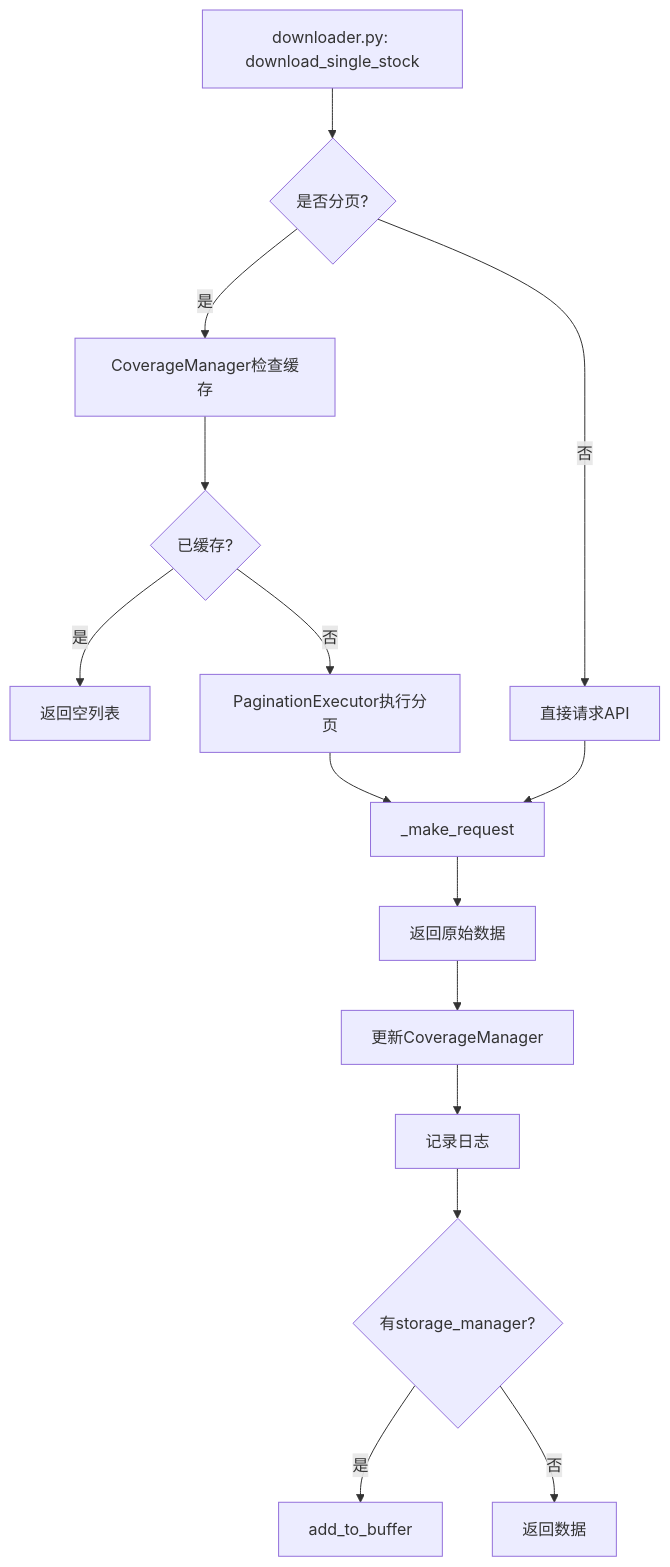
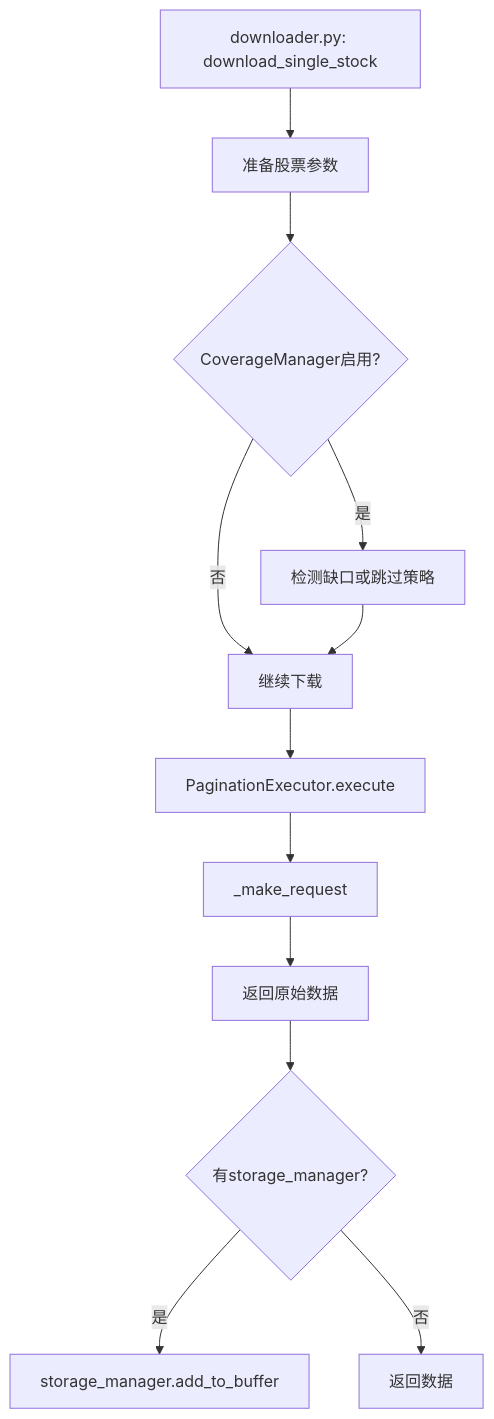
The fifth of 15 diagrams in p/main_to_interface_flow.md (k2o333/quantaalpha), drawn with Mermaid before and after one commit. The commit also changed other lines of this file and 17 other files, not shown here.

````diff
--- a/p/main_to_interface_flow.md
+++ b/p/main_to_interface_flow.md
@@ -319,17 +126,14 @@
 ```mermaid
 graph TD
-    A[downloader.py: download_single_stock] --> B{是否分页?}
-    B -->|是| C[CoverageManager检查缓存]
-    C --> D{已缓存?}
-    D -->|是| E[返回空列表]
-    D -->|否| F[PaginationExecutor执行分页]
-    B -->|否| G[直接请求API]
-    F --> H[_make_request]
-    G --> H
-    H --> I[返回原始数据]
-    I --> J[更新CoverageManager]
-    J --> K[记录日志]
-    K --> L{有storage_manager?}
-    L -->|是| M[add_to_buffer]
-    L -->|否| N[返回数据]
+    A[downloader.py: download_single_stock] --> B[准备股票参数]
+    B --> C{CoverageManager启用?}
+    C -->|是| D[检测缺口或跳过策略]
+    C -->|否| E[继续下载]
+    D --> E
+    E --> F[PaginationExecutor.execute]
+    F --> G[_make_request]
+    G --> H[返回原始数据]
+    H --> I{有storage_manager?}
+    I -->|是| J[storage_manager.add_to_buffer]
+    I -->|否| K[返回数据]
 ```
````
